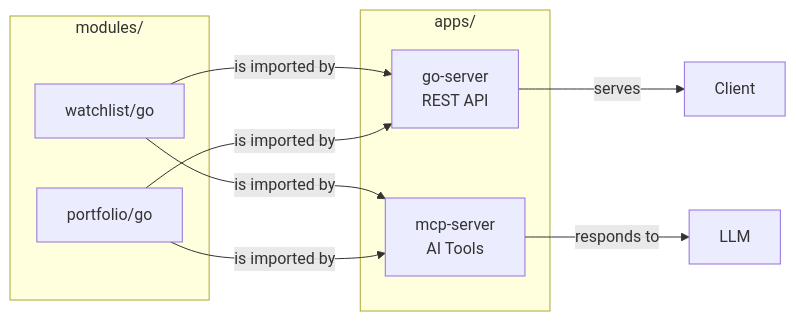
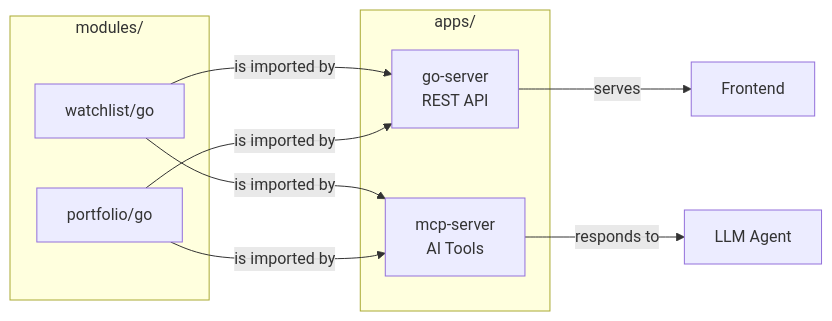
Before and after one commit to reidlai/virtual-module-core: the second of 2 diagrams in docs/APPSHELL-ARCHITECTURE.md, drawn with Mermaid. The commit also changed other lines of this file and 5 other files, not shown here.

Commit message:
docs: update architecture documentation for Svelte 5 runes and resClient integration

````diff
--- a/docs/APPSHELL-ARCHITECTURE.md
+++ b/docs/APPSHELL-ARCHITECTURE.md
@@ -312,20 +312,20 @@
 ```mermaid
 flowchart LR
     subgraph Apps["apps/"]
         API[go-server<br/>REST API]
         MCP[mcp-server<br/>AI Tools]
     end
 
     subgraph Modules["modules/"]
         WL[watchlist/go]
         PF[portfolio/go]
     end
 
     WL -->|is imported by| API
     PF -->|is imported by| API
     WL -->|is imported by| MCP
     PF -->|is imported by| MCP
 
-    MCP -->|responds to| LLM
-    API -->|serves| Client
+    MCP -->|responds to| LLM[LLM Agent]
+    API -->|serves| Client[Frontend]
 ```
````
